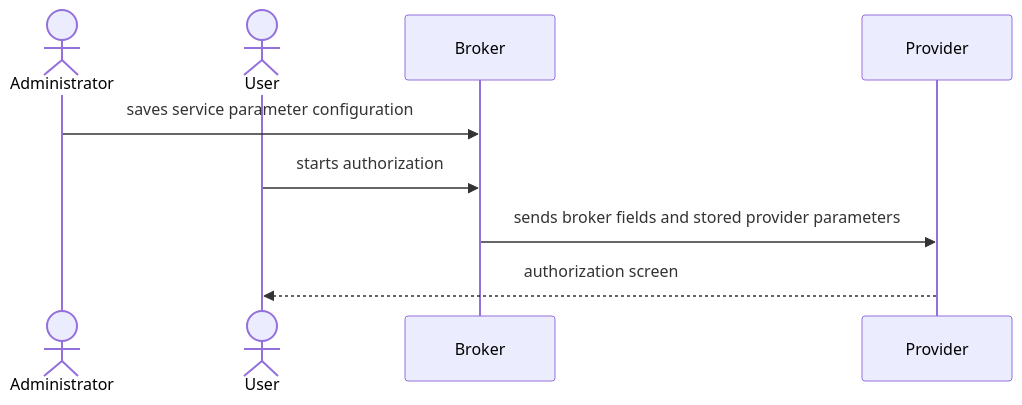
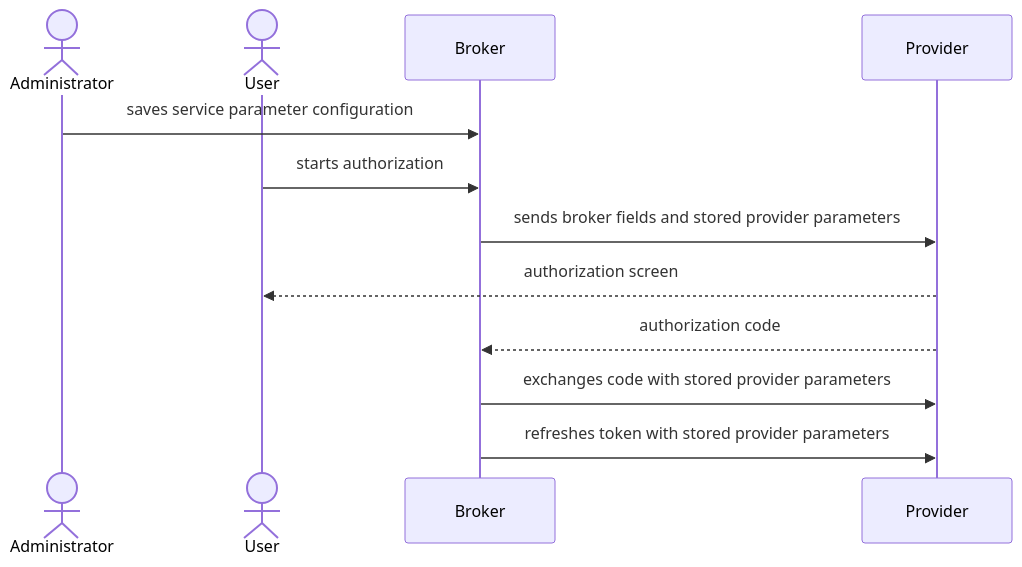
The second of 2 diagrams in specs/034-provider-auth-params/spec.md (axsaucedo/agentic-identity-broker), drawn with Mermaid before and after one commit. The commit also changed other lines of this file and 11 other files, not shown here.

First line of the commit message:
Forward provider params to token requests (#428)

````diff
--- a/specs/034-provider-auth-params/spec.md
+++ b/specs/034-provider-auth-params/spec.md
@@ -101,11 +110,14 @@
 ```mermaid
 sequenceDiagram
     actor Administrator
     actor User
     participant Broker
     participant Provider
     Administrator->>Broker: saves service parameter configuration
     User->>Broker: starts authorization
     Broker->>Provider: sends broker fields and stored provider parameters
     Provider-->>User: authorization screen
+    Provider-->>Broker: authorization code
+    Broker->>Provider: exchanges code with stored provider parameters
+    Broker->>Provider: refreshes token with stored provider parameters
 ```
````
